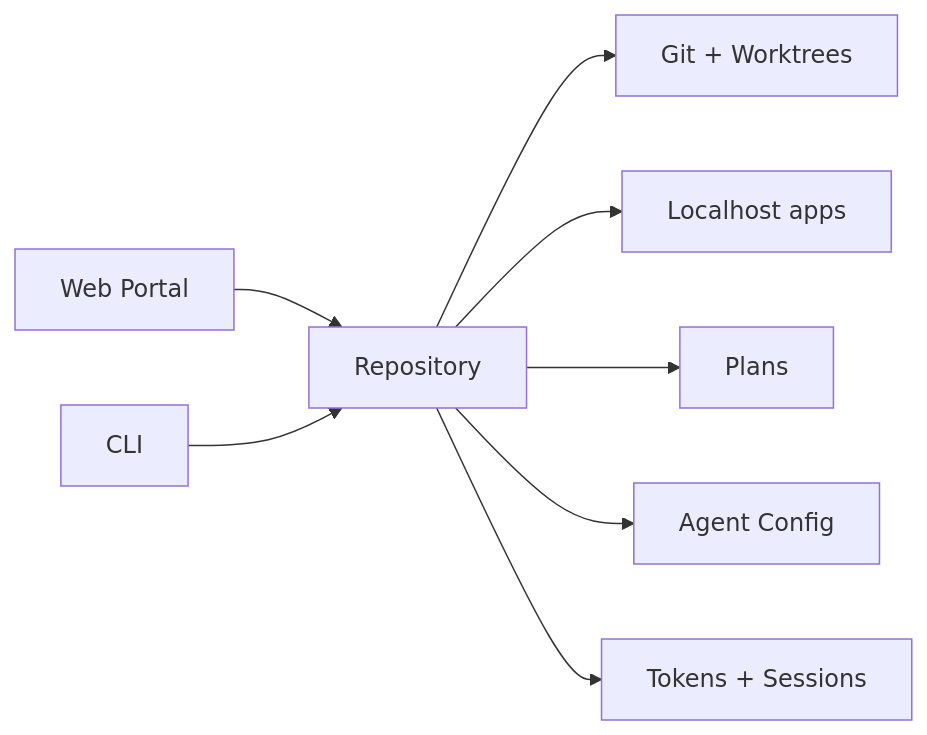
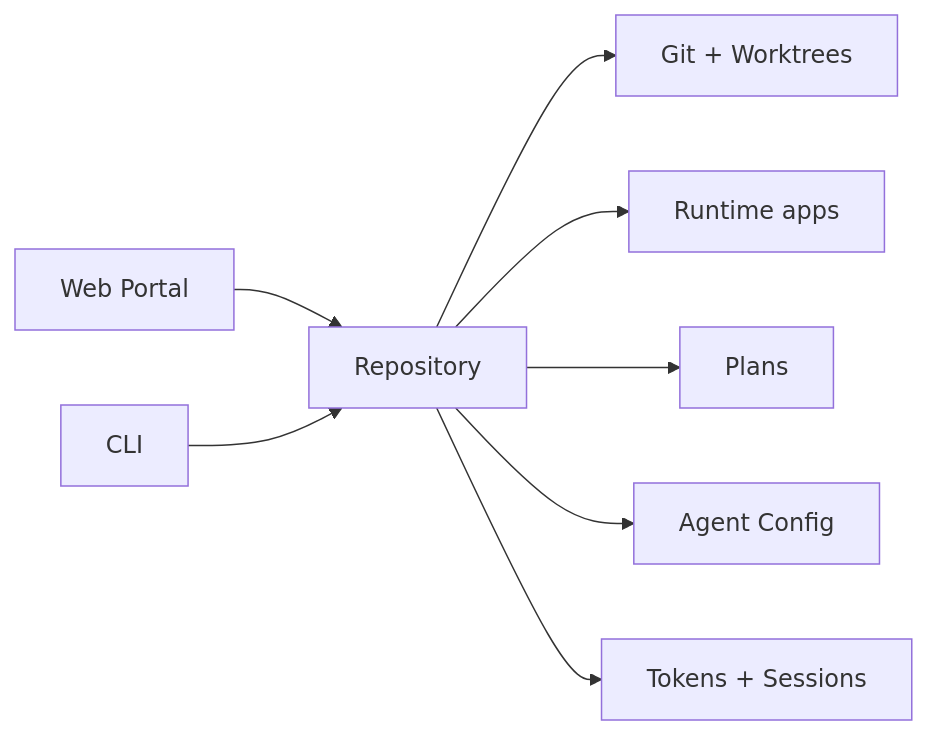
One commit to kirinmurphy/roborepo changed the first of 3 diagrams in README.md. Above: the diagram before and after it, drawn with Mermaid. The commit also changed other lines of this file and 214 other files, not shown here.

````diff
--- a/README.md
+++ b/README.md
@@ -7,13 +7,13 @@
 ```mermaid
 flowchart LR
   Repo["Repository"]
 
   Repo --> Git["Git + Worktrees"]
-  Repo --> Local["Localhost apps"]
+  Repo --> Local["Runtime apps"]
   Repo --> Plans["Plans"]
   Repo --> Agents["Agent Config"]
   Repo --> Usage["Tokens + Sessions"]
 
   Portal["Web Portal"] --> Repo
   CLI["CLI"] --> Repo
 ```
````
